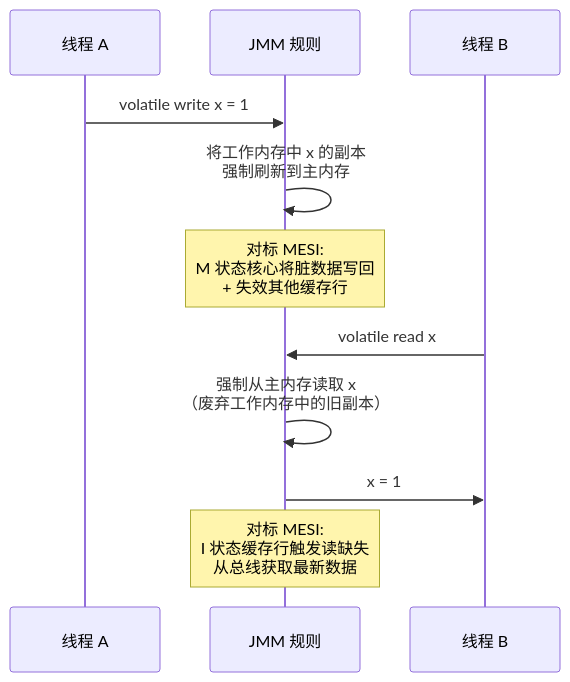
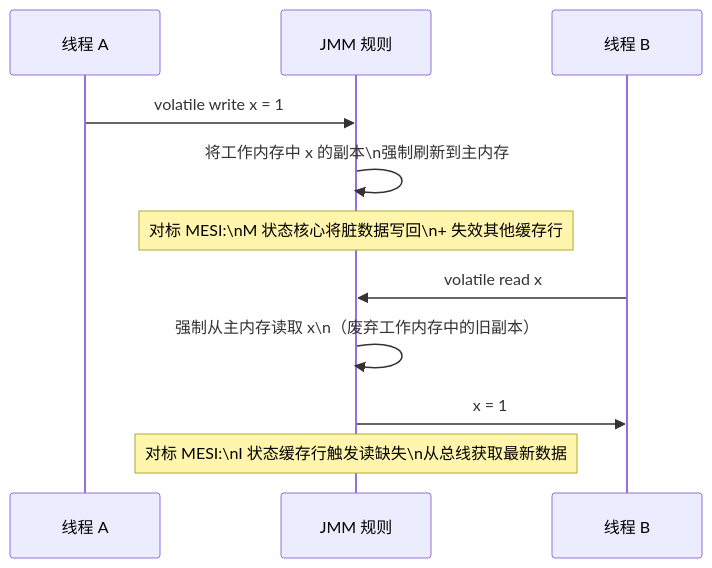
The second of 4 diagrams in content/posts/concurrency/JmmIntroduction.md (yaocat55/yaocat55.github.io), drawn with Mermaid before and after one commit. The commit also changed other lines of this file and 155 other files, not shown here.

````diff
--- a/content/posts/concurrency/JmmIntroduction.md
+++ b/content/posts/concurrency/JmmIntroduction.md
@@ -102,14 +108,14 @@
 ```mermaid
 sequenceDiagram
     participant TA as 线程 A
     participant JMM as JMM 规则
     participant TB as 线程 B
 
     TA->>JMM: volatile write x = 1
-    JMM->>JMM: 将工作内存中 x 的副本<br/>强制刷新到主内存
-    Note over JMM: 对标 MESI:<br/>M 状态核心将脏数据写回<br/>+ 失效其他缓存行
+    JMM->>JMM: 将工作内存中 x 的副本\n强制刷新到主内存
+    Note over JMM: 对标 MESI:\nM 状态核心将脏数据写回\n+ 失效其他缓存行
     TB->>JMM: volatile read x
-    JMM->>JMM: 强制从主内存读取 x<br/>（废弃工作内存中的旧副本）
+    JMM->>JMM: 强制从主内存读取 x\n（废弃工作内存中的旧副本）
     JMM->>TB: x = 1
-    Note over JMM: 对标 MESI:<br/>I 状态缓存行触发读缺失<br/>从总线获取最新数据
+    Note over JMM: 对标 MESI:\nI 状态缓存行触发读缺失\n从总线获取最新数据
 ```
````
